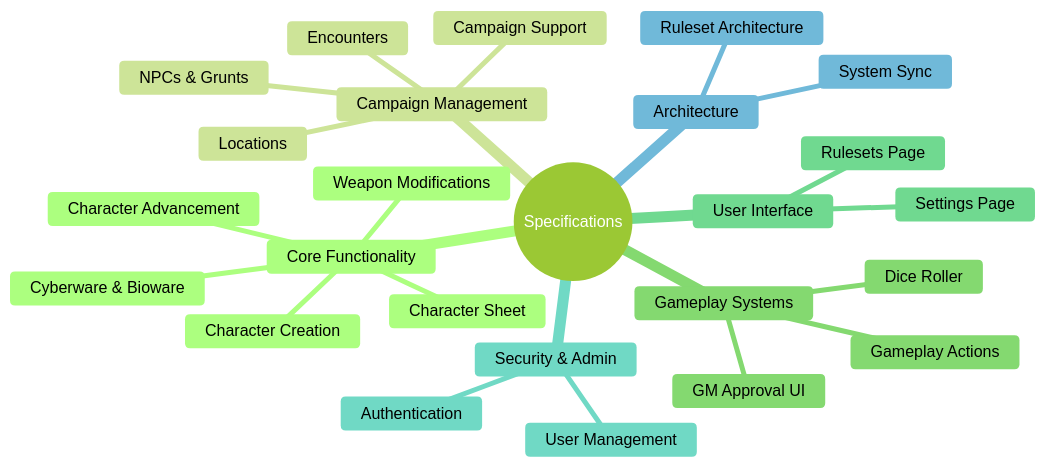
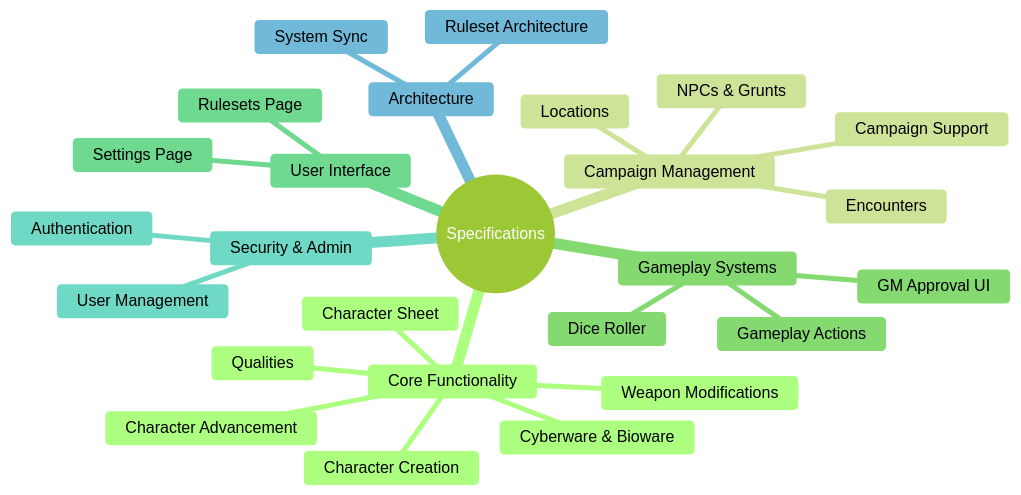
One commit to Jasrags/ShadowMaster changed the second of 8 diagrams in docs/specifications/README.md. Above: the diagram before and after it, drawn with Mermaid (forest theme). The commit also changed other lines of this file and 2 other files, not shown here.

````diff
--- a/docs/specifications/README.md
+++ b/docs/specifications/README.md
@@ -54,28 +54,29 @@
 ```mermaid
 mindmap
   root((Specifications))
     Core Functionality
       Character Creation
       Character Sheet
       Character Advancement
+      Qualities
       Cyberware & Bioware
       Weapon Modifications
     Campaign Management
       Campaign Support
       Locations
       NPCs & Grunts
       Encounters
     Gameplay Systems
       Dice Roller
       Gameplay Actions
       GM Approval UI
     User Interface
       Rulesets Page
       Settings Page
     Security & Admin
       Authentication
       User Management
     Architecture
       Ruleset Architecture
       System Sync
 ```
````
